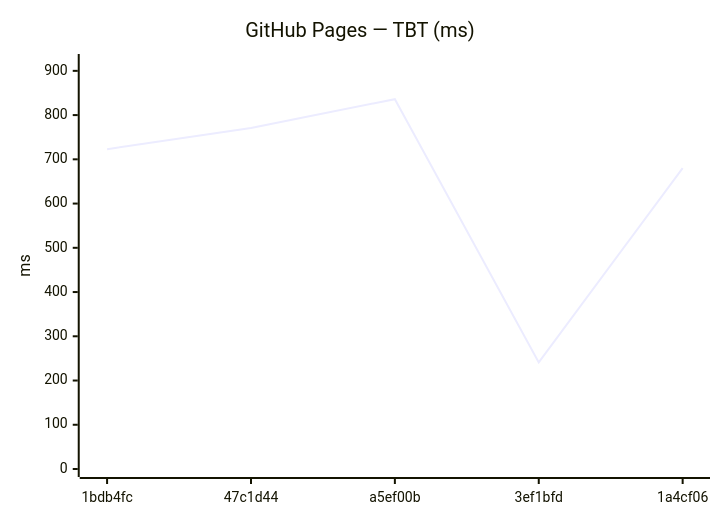
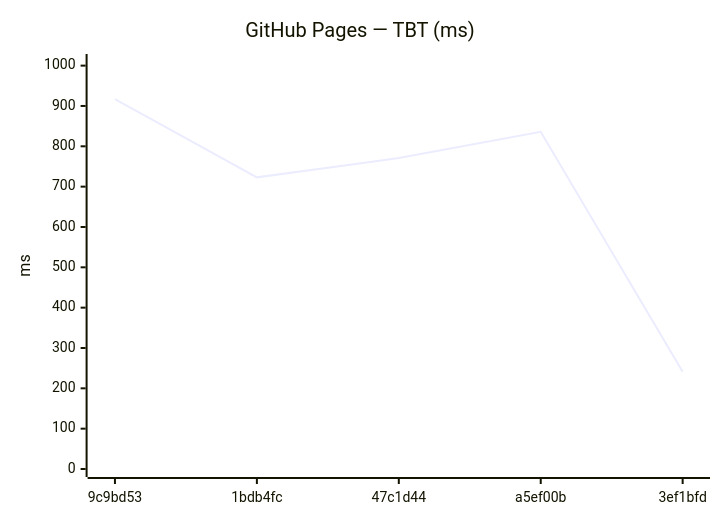
One commit to Metaheurist/Rianell changed the eighth of 12 diagrams in benchmarks/compare.md. Above: the diagram before and after it, drawn with Mermaid. The commit also changed other lines of this file and 8 other files, not shown here.

````diff
--- a/benchmarks/compare.md
+++ b/benchmarks/compare.md
@@ -114,7 +114,7 @@
 ```mermaid
 xychart-beta
     title "GitHub Pages — TBT (ms)"
-    x-axis ["1bdb4fc", "47c1d44", "a5ef00b", "3ef1bfd", "1a4cf06"]
-    y-axis "ms" 0 --> 920
-    line [723, 771, 836, 241, 680]
+    x-axis ["9c9bd53", "1bdb4fc", "47c1d44", "a5ef00b", "3ef1bfd"]
+    y-axis "ms" 0 --> 1009
+    line [917, 723, 771, 836, 241]
 ```
````
